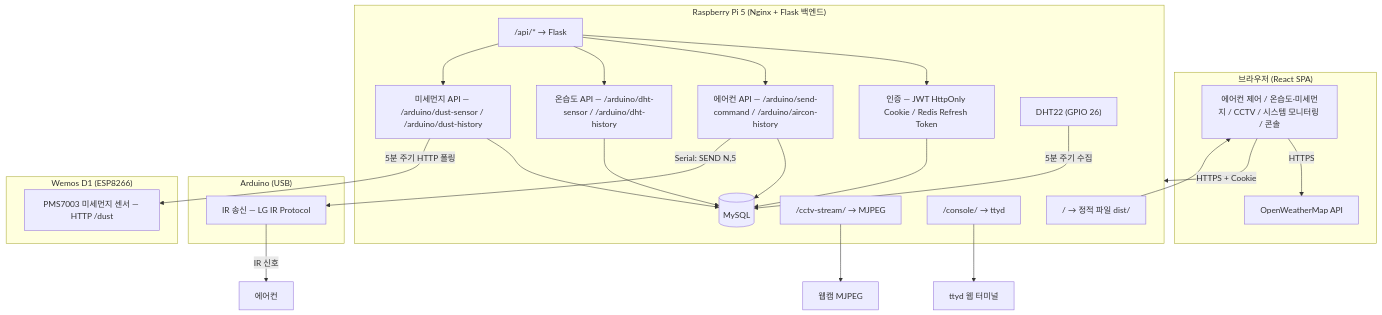
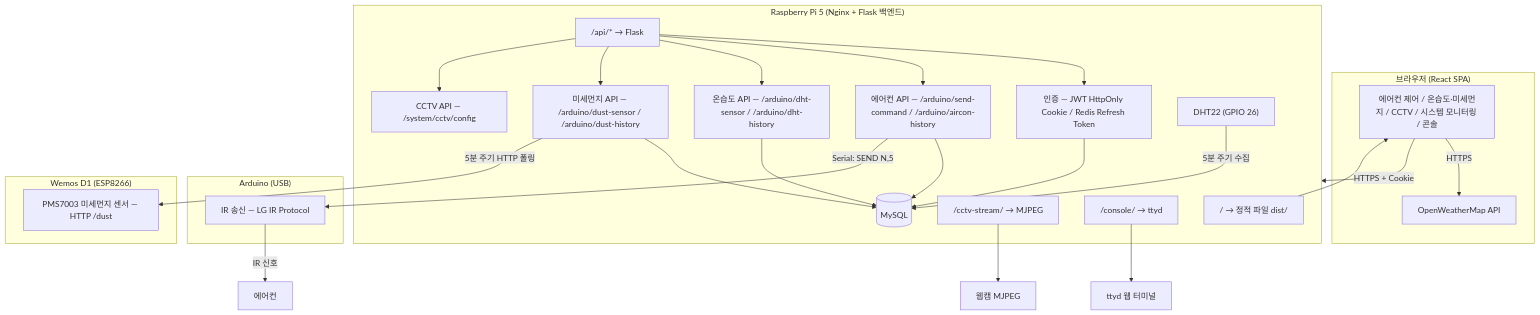
The diagram in notion.md (dngur521/new-smart-app), drawn with Mermaid before and after one commit. The commit also changed other lines of this file and 1 other file, not shown here.

Commit message:
📝 docs: CCTV 해상도 변경 기능 반영 (notion.md, README.md 최신화)

````diff
--- a/notion.md
+++ b/notion.md
@@ -74,52 +74,54 @@
 ```mermaid
 graph TB
     subgraph Client["브라우저 (React SPA)"]
         UI["에어컨 제어 / 온습도·미세먼지 / CCTV / 시스템 모니터링 / 콘솔"]
         OWM["OpenWeatherMap API"]
     end
 
     subgraph Pi5["Raspberry Pi 5 (Nginx + Flask 백엔드)"]
         NX_STATIC["/ → 정적 파일 dist/"]
         NX_API["/api/* → Flask"]
         NX_CCTV["/cctv-stream/ → MJPEG"]
         NX_CON["/console/ → ttyd"]
         AUTH["인증 — JWT HttpOnly Cookie / Redis Refresh Token"]
         AIR["에어컨 API — /arduino/send-command / /arduino/aircon-history"]
         TEMP["온습도 API — /arduino/dht-sensor / /arduino/dht-history"]
         DUST["미세먼지 API — /arduino/dust-sensor / /arduino/dust-history"]
+        CCTV_CFG["CCTV API — /system/cctv/config"]
         DB[("MySQL")]
         DHT["DHT22 (GPIO 26)"]
     end
 
     subgraph Arduino["Arduino (USB)"]
         IR["IR 송신 — LG IR Protocol"]
     end
 
     subgraph Wemos["Wemos D1 (ESP8266)"]
         PMS["PMS7003 미세먼지 센서 — HTTP /dust"]
     end
 
     AC["에어컨"]
     CAM["웹캠 MJPEG"]
     TTYD["ttyd 웹 터미널"]
 
     UI -- "HTTPS + Cookie" --> Pi5
     UI -- "HTTPS" --> OWM
     NX_STATIC --> UI
     NX_API --> AUTH
     NX_API --> AIR
     NX_API --> TEMP
     NX_API --> DUST
+    NX_API --> CCTV_CFG
     NX_CCTV --> CAM
     NX_CON --> TTYD
 
     AUTH --> DB
     AIR --> DB
     AIR -- "Serial: SEND N,5" --> IR
     TEMP --> DB
     DUST --> DB
     DHT -- "5분 주기 수집" --> DB
     DUST -- "5분 주기 HTTP 폴링" --> PMS
 
     IR -- "IR 신호" --> AC
 ```
````
